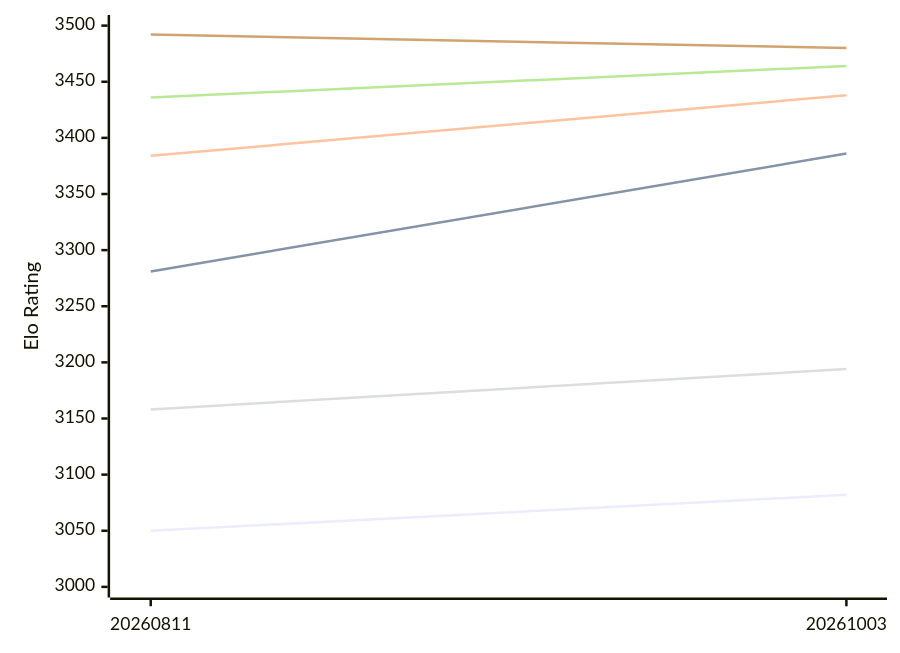
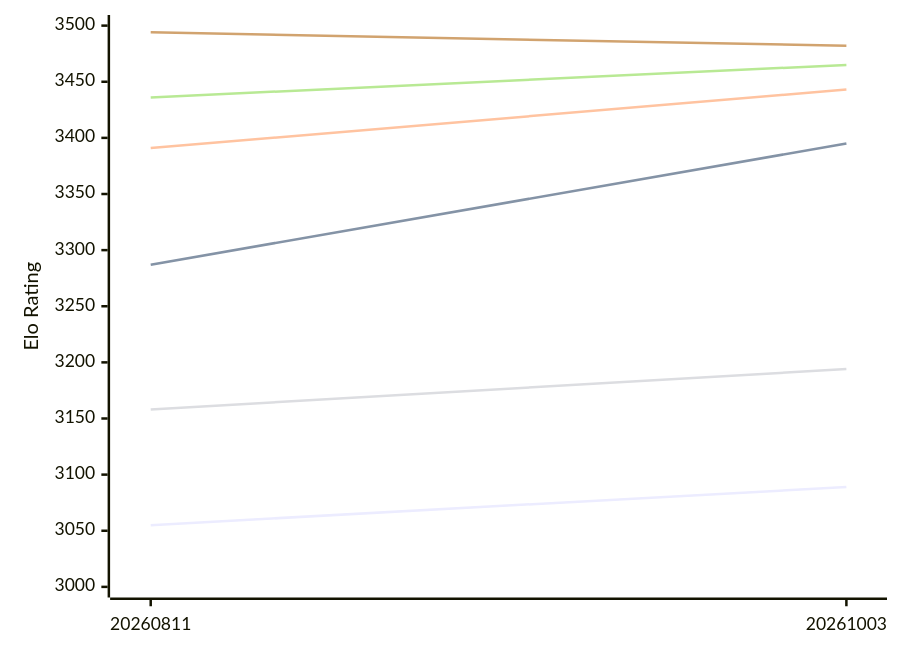
One commit to computer-chess-index/cci changed the first of 2 diagrams in engines/Askaig.md. Above: the diagram before and after it, drawn with Mermaid. The commit also changed other lines of this file, not shown here.

Commit message:
Update CCI Ratings (ELO VLTC) - 2026-11-10

````diff
--- a/engines/Askaig.md
+++ b/engines/Askaig.md
@@ -52,12 +52,12 @@
 ```mermaid
 %%{init: {"theme":"base","themeVariables":{"seriesColors:['#a3a3a3','#222221','#faa371']}}}%%
 xychart-beta
   x-axis ["20260811", "20261003"]
   y-axis "Elo Rating" 3000 --> 3500
-  line "E1: STC (8.0+0.08s)" [3050, 3082]
-  line "E1: LTC (60.0+0.60s)" [3281, 3386]
-  line "E1: VLTC (2m24s+1.12s)" [3384, 3438]
+  line "E1: STC (8.0+0.08s)" [3055, 3089]
+  line "E1: LTC (60.0+0.60s)" [3287, 3395]
+  line "E1: VLTC (2m24s+1.12s)" [3391, 3443]
   line "P1: STC (8.0+0.08s)" [3158, 3194]
-  line "P1: LTC (60.0+0.60s)" [3436, 3464]
-  line "P1: VLTC (2m24s+1.12s)" [3492, 3480]
+  line "P1: LTC (60.0+0.60s)" [3436, 3465]
+  line "P1: VLTC (2m24s+1.12s)" [3494, 3482]
 ```
````
